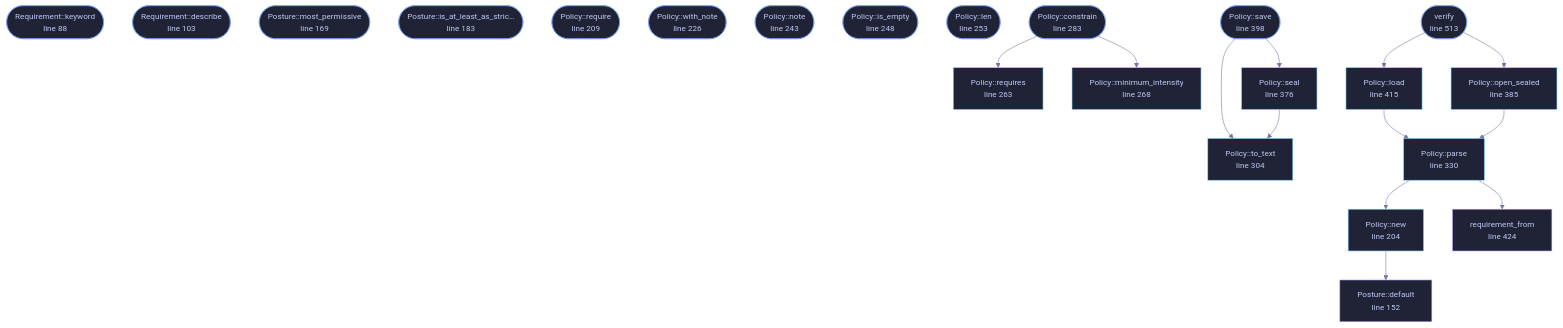
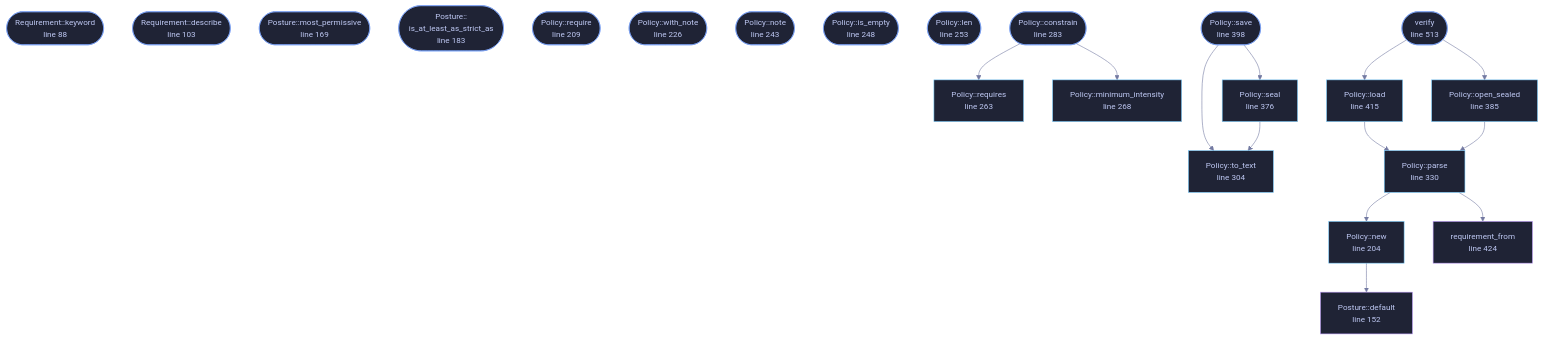
Before and after one commit to tilas01/veilvoice: the diagram in docs/files/veilvoice-policy/policy.md, drawn with Mermaid. The commit also changed 348 other files, not shown here.

````diff
--- a/docs/files/veilvoice-policy/policy.md
+++ b/docs/files/veilvoice-policy/policy.md
@@ -126,66 +126,66 @@
 ```mermaid
 %%{init: {"theme":"base","themeVariables":{"background":"#1a1b26","primaryColor":"#1f2335","primaryTextColor":"#c0caf5","primaryBorderColor":"#7aa2f7","secondaryColor":"#16161e","tertiaryColor":"#16161e","lineColor":"#737aa2","textColor":"#c0caf5","mainBkg":"#1f2335","nodeBorder":"#7aa2f7","clusterBkg":"#16161e","clusterBorder":"#2f3549","fontFamily":"ui-monospace, SFMono-Regular, Consolas, monospace","fontSize":"14px"}}}%%
 flowchart TD
     n_keyword(["Requirement::keyword<br/>line 88"])
     n_describe(["Requirement::describe<br/>line 103"])
     n_default["Posture::default<br/>line 152"]
     n_most_permissive(["Posture::most_permissive<br/>line 169"])
-    n_is_at_least_as_strict_as(["Posture::is_at_least_as_stric…<br/>line 183"])
+    n_is_at_least_as_strict_as(["Posture::<br/>is_at_least_as_strict_as<br/>line 183"])
     n_new["Policy::new<br/>line 204"]
     n_require(["Policy::require<br/>line 209"])
     n_with_note(["Policy::with_note<br/>line 226"])
     n_note(["Policy::note<br/>line 243"])
     n_is_empty(["Policy::is_empty<br/>line 248"])
     n_len(["Policy::len<br/>line 253"])
     n_requires["Policy::requires<br/>line 263"]
     n_minimum_intensity["Policy::minimum_intensity<br/>line 268"]
     n_constrain(["Policy::constrain<br/>line 283"])
     n_to_text["Policy::to_text<br/>line 304"]
     n_parse["Policy::parse<br/>line 330"]
     n_seal["Policy::seal<br/>line 376"]
     n_open_sealed["Policy::open_sealed<br/>line 385"]
     n_save(["Policy::save<br/>line 398"])
     n_load["Policy::load<br/>line 415"]
     n_requirement_from["requirement_from<br/>line 424"]
     n_verify(["verify<br/>line 513"])
     n_constrain --> n_minimum_intensity
     n_constrain --> n_requires
     n_load --> n_parse
     n_new --> n_default
     n_open_sealed --> n_parse
     n_parse --> n_new
     n_parse --> n_requirement_from
     n_save --> n_seal
     n_save --> n_to_text
     n_seal --> n_to_text
     n_verify --> n_load
     n_verify --> n_open_sealed
     click n_keyword href "https://github.com/tilas01/veilvoice/blob/main/crates/veilvoice-policy/src/policy.rs#L88" "open the source"
     click n_describe href "https://github.com/tilas01/veilvoice/blob/main/crates/veilvoice-policy/src/policy.rs#L103" "open the source"
     click n_default href "https://github.com/tilas01/veilvoice/blob/main/crates/veilvoice-policy/src/policy.rs#L152" "open the source"
     click n_most_permissive href "https://github.com/tilas01/veilvoice/blob/main/crates/veilvoice-policy/src/policy.rs#L169" "open the source"
     click n_is_at_least_as_strict_as href "https://github.com/tilas01/veilvoice/blob/main/crates/veilvoice-policy/src/policy.rs#L183" "open the source"
     click n_new href "https://github.com/tilas01/veilvoice/blob/main/crates/veilvoice-policy/src/policy.rs#L204" "open the source"
     click n_require href "https://github.com/tilas01/veilvoice/blob/main/crates/veilvoice-policy/src/policy.rs#L209" "open the source"
     click n_with_note href "https://github.com/tilas01/veilvoice/blob/main/crates/veilvoice-policy/src/policy.rs#L226" "open the source"
     click n_note href "https://github.com/tilas01/veilvoice/blob/main/crates/veilvoice-policy/src/policy.rs#L243" "open the source"
     click n_is_empty href "https://github.com/tilas01/veilvoice/blob/main/crates/veilvoice-policy/src/policy.rs#L248" "open the source"
     click n_len href "https://github.com/tilas01/veilvoice/blob/main/crates/veilvoice-policy/src/policy.rs#L253" "open the source"
     click n_requires href "https://github.com/tilas01/veilvoice/blob/main/crates/veilvoice-policy/src/policy.rs#L263" "open the source"
     click n_minimum_intensity href "https://github.com/tilas01/veilvoice/blob/main/crates/veilvoice-policy/src/policy.rs#L268" "open the source"
     click n_constrain href "https://github.com/tilas01/veilvoice/blob/main/crates/veilvoice-policy/src/policy.rs#L283" "open the source"
     click n_to_text href "https://github.com/tilas01/veilvoice/blob/main/crates/veilvoice-policy/src/policy.rs#L304" "open the source"
     click n_parse href "https://github.com/tilas01/veilvoice/blob/main/crates/veilvoice-policy/src/policy.rs#L330" "open the source"
     click n_seal href "https://github.com/tilas01/veilvoice/blob/main/crates/veilvoice-policy/src/policy.rs#L376" "open the source"
     click n_open_sealed href "https://github.com/tilas01/veilvoice/blob/main/crates/veilvoice-policy/src/policy.rs#L385" "open the source"
     click n_save href "https://github.com/tilas01/veilvoice/blob/main/crates/veilvoice-policy/src/policy.rs#L398" "open the source"
     click n_load href "https://github.com/tilas01/veilvoice/blob/main/crates/veilvoice-policy/src/policy.rs#L415" "open the source"
     click n_requirement_from href "https://github.com/tilas01/veilvoice/blob/main/crates/veilvoice-policy/src/policy.rs#L424" "open the source"
     click n_verify href "https://github.com/tilas01/veilvoice/blob/main/crates/veilvoice-policy/src/policy.rs#L513" "open the source"
     classDef entry fill:#1f2335,stroke:#7aa2f7,color:#c0caf5
     class n_keyword,n_describe,n_most_permissive,n_is_at_least_as_strict_as,n_require,n_with_note,n_note,n_is_empty,n_len,n_constrain,n_save,n_verify entry
     classDef api fill:#1f2335,stroke:#7dcfff,color:#c0caf5
     class n_new,n_requires,n_minimum_intensity,n_to_text,n_parse,n_seal,n_open_sealed,n_load api
     classDef helper fill:#1f2335,stroke:#bb9af7,color:#c0caf5
     class n_default,n_requirement_from helper
 ```
````
